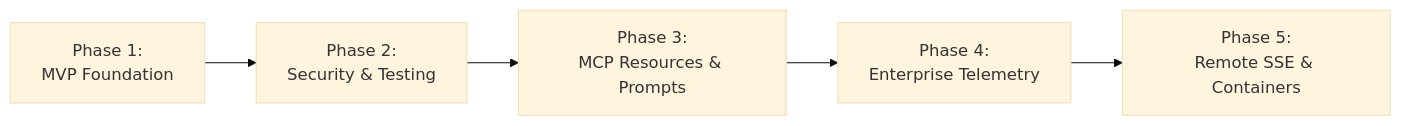
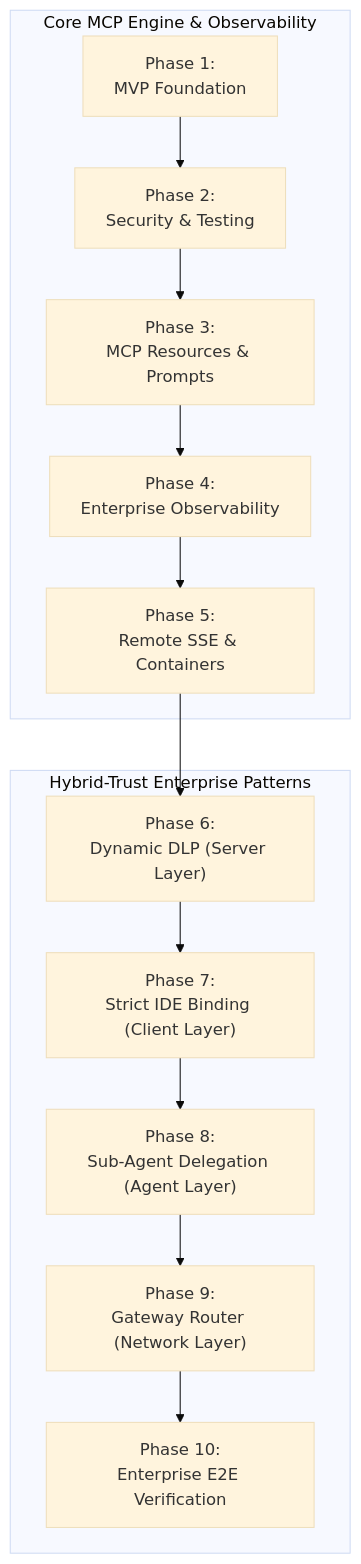
Before and after one commit to RESTfulInSeattle/Hybrid_Trust_Telemetry_MCP_Server: the diagram in docs/roadmap.md, drawn with Mermaid (base theme). The commit also changed other lines of this file and 3 other files, not shown here.

First line of the commit message:
Roadmap update

````diff
--- a/docs/roadmap.md
+++ b/docs/roadmap.md
@@ -9,7 +9,17 @@
 ```mermaid
-flowchart LR
-    M1["Phase 1:<br/>MVP Foundation"] --> M2["Phase 2:<br/>Security & Testing"]
-    M2 --> M3["Phase 3:<br/>MCP Resources & Prompts"]
-    M3 --> M4["Phase 4:<br/>Enterprise Telemetry"]
-    M4 --> M5["Phase 5:<br/>Remote SSE & Containers"]
+flowchart TD
+    subgraph CoreEngine["Core MCP Engine & Observability"]
+        M1["Phase 1:<br/>MVP Foundation"] --> M2["Phase 2:<br/>Security & Testing"]
+        M2 --> M3["Phase 3:<br/>MCP Resources & Prompts"]
+        M3 --> M4["Phase 4:<br/>Enterprise Observability"]
+        M4 --> M5["Phase 5:<br/>Remote SSE & Containers"]
+    end
+
+    subgraph HybridTrust["Hybrid-Trust Enterprise Patterns"]
+        M5 --> M6["Phase 6:<br/>Dynamic DLP (Server Layer)"]
+        M6 --> M7["Phase 7:<br/>Strict IDE Binding (Client Layer)"]
+        M7 --> M8["Phase 8:<br/>Sub-Agent Delegation (Agent Layer)"]
+        M8 --> M9["Phase 9:<br/>Gateway Router (Network Layer)"]
+        M9 --> M10["Phase 10:<br/>Enterprise E2E Verification"]
+    end
 ```
````
